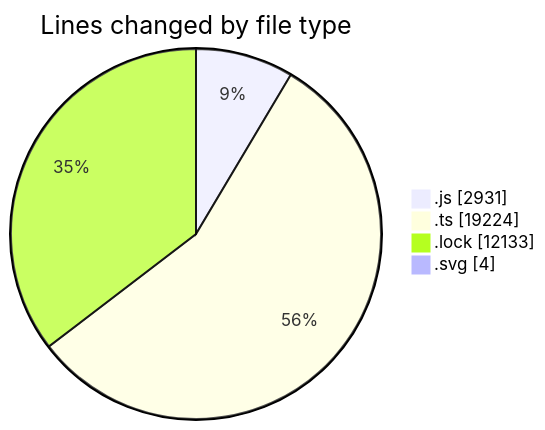
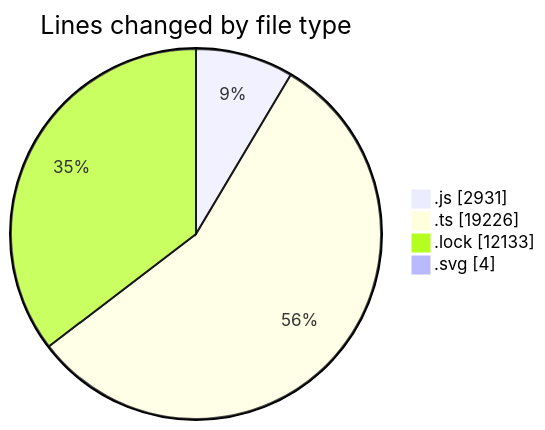
The first of 2 diagrams in 2025-08-12/cda/README.md (momahboobian/code-tracking), drawn with Mermaid before and after one commit. The commit also changed other lines of this file and 1 other file, not shown here.

````diff
--- a/2025-08-12/cda/README.md
+++ b/2025-08-12/cda/README.md
@@ -42,8 +42,8 @@
 ```mermaid
 pie showData
 title Lines changed by file type
 ".js" : 2931
-".ts" : 19224
+".ts" : 19226
 ".lock" : 12133
 ".svg" : 4
 ```
````
